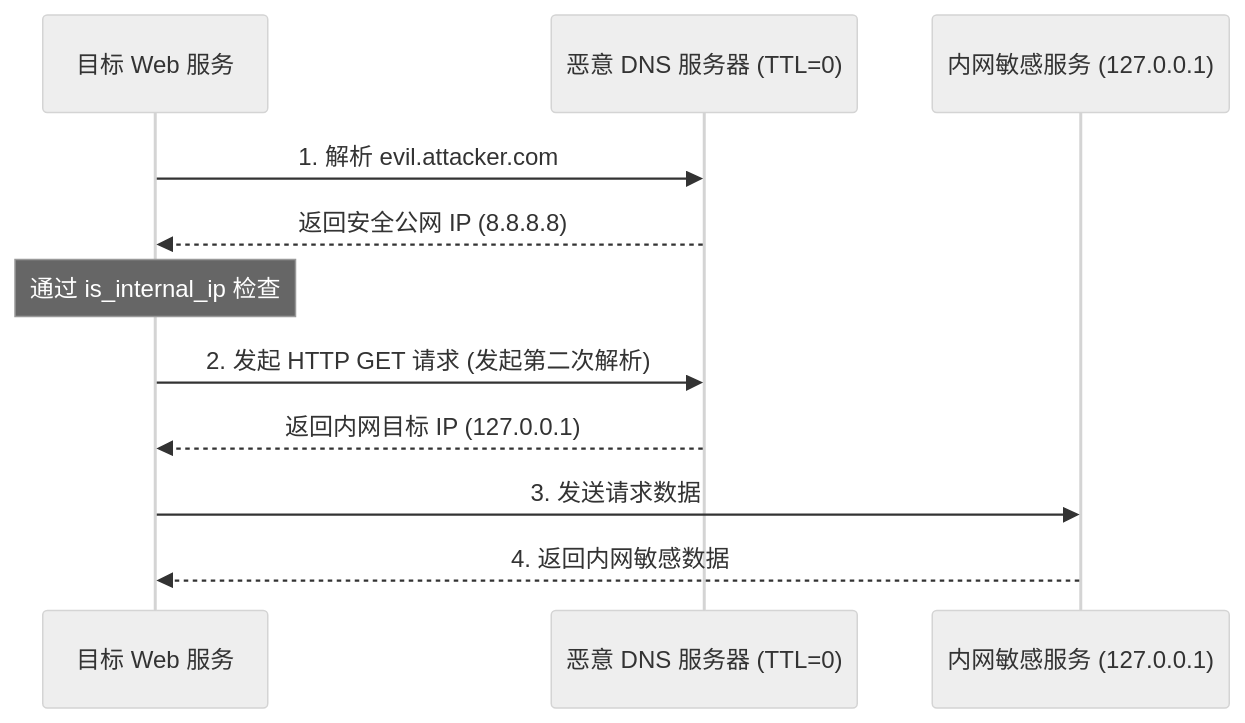
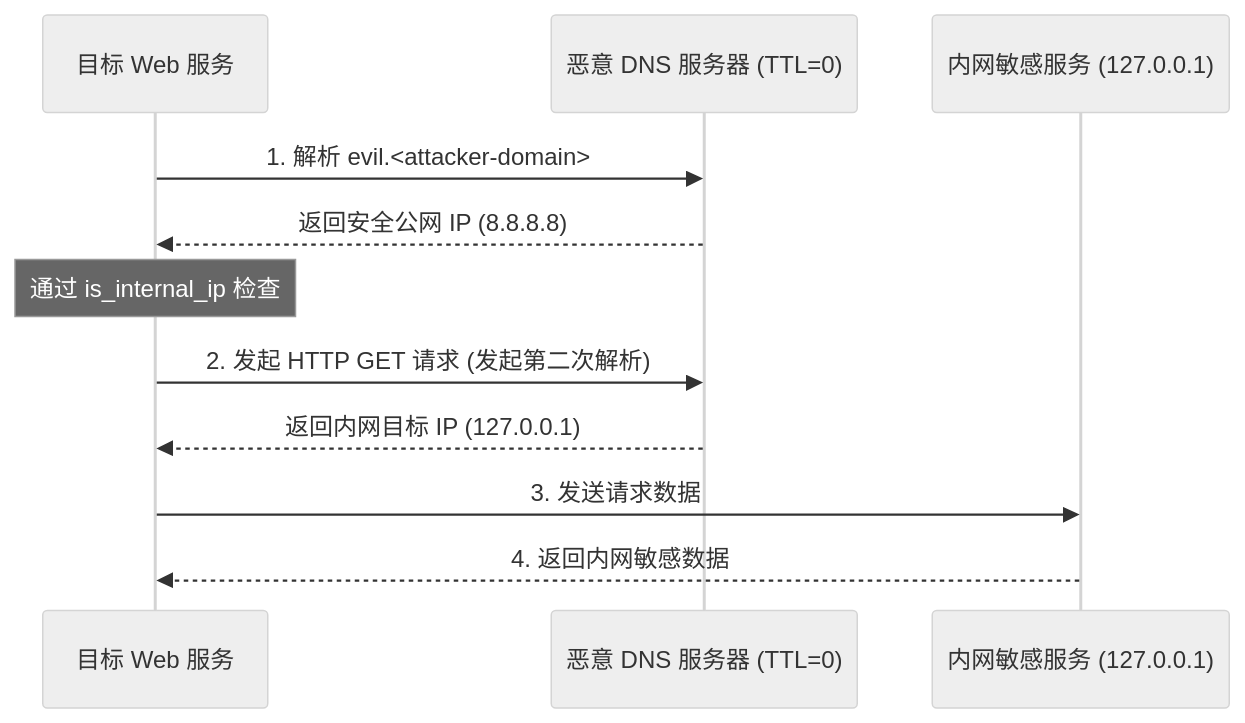
The diagram in kb/ctf-website/techniques/04-ssrf/ssrf.md (GeniusHu-tgty/Open-tgtylab), drawn with Mermaid (neutral theme) before and after one commit. The commit also changed other lines of this file and 33 other files, not shown here.

Commit message:
Sanitize kb/ to avoid Windows Defender false positive: attacker.com -> <attacker-domain>, /etc/passwd -> <sensitive-file>

````diff
--- a/kb/ctf-website/techniques/04-ssrf/ssrf.md
+++ b/kb/ctf-website/techniques/04-ssrf/ssrf.md
@@ -44,14 +44,14 @@
 ```mermaid
 sequenceDiagram
     participant VulnServer as 目标 Web 服务
     participant DNS as 恶意 DNS 服务器 (TTL=0)
     participant Target as 内网敏感服务 (127.0.0.1)
 
-    VulnServer->>DNS: 1. 解析 evil.attacker.com
+    VulnServer->>DNS: 1. 解析 evil.<attacker-domain>
     DNS-->>VulnServer: 返回安全公网 IP (8.8.8.8)
     Note over VulnServer: 通过 is_internal_ip 检查
     VulnServer->>DNS: 2. 发起 HTTP GET 请求 (发起第二次解析)
     DNS-->>VulnServer: 返回内网目标 IP (127.0.0.1)
     VulnServer->>Target: 3. 发送请求数据
     Target-->>VulnServer: 4. 返回内网敏感数据
 ```
````
